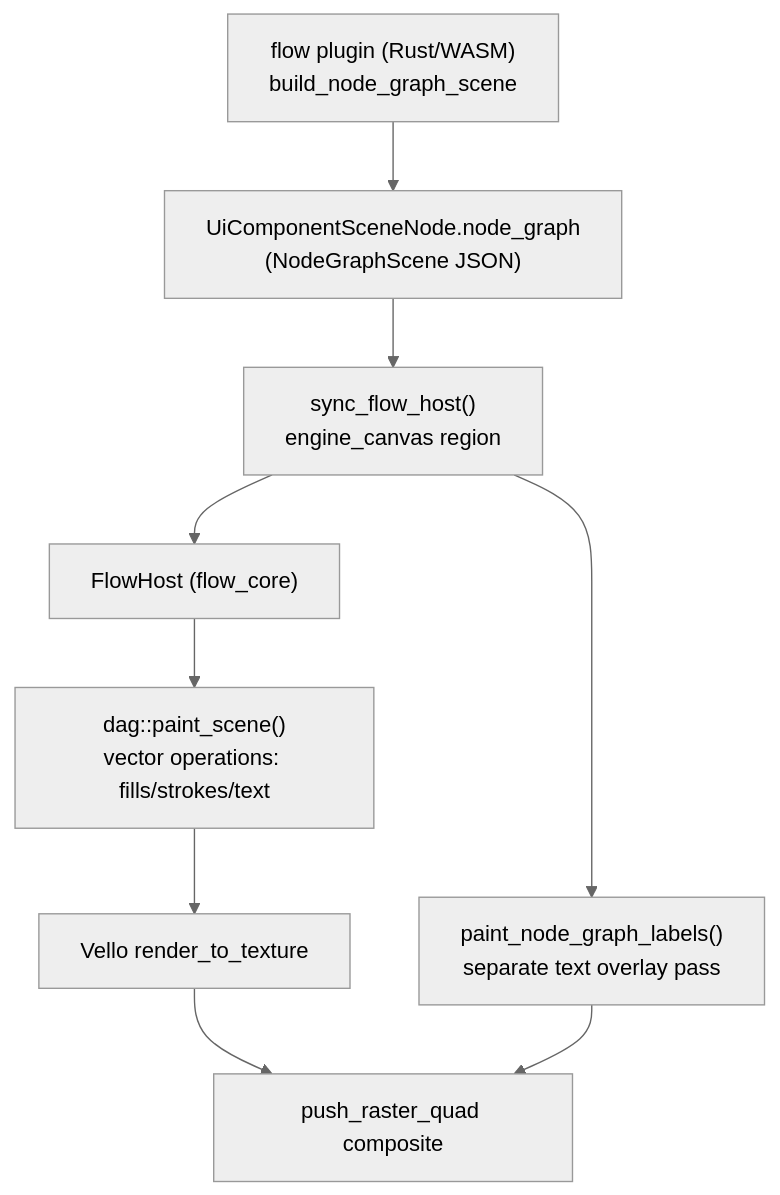
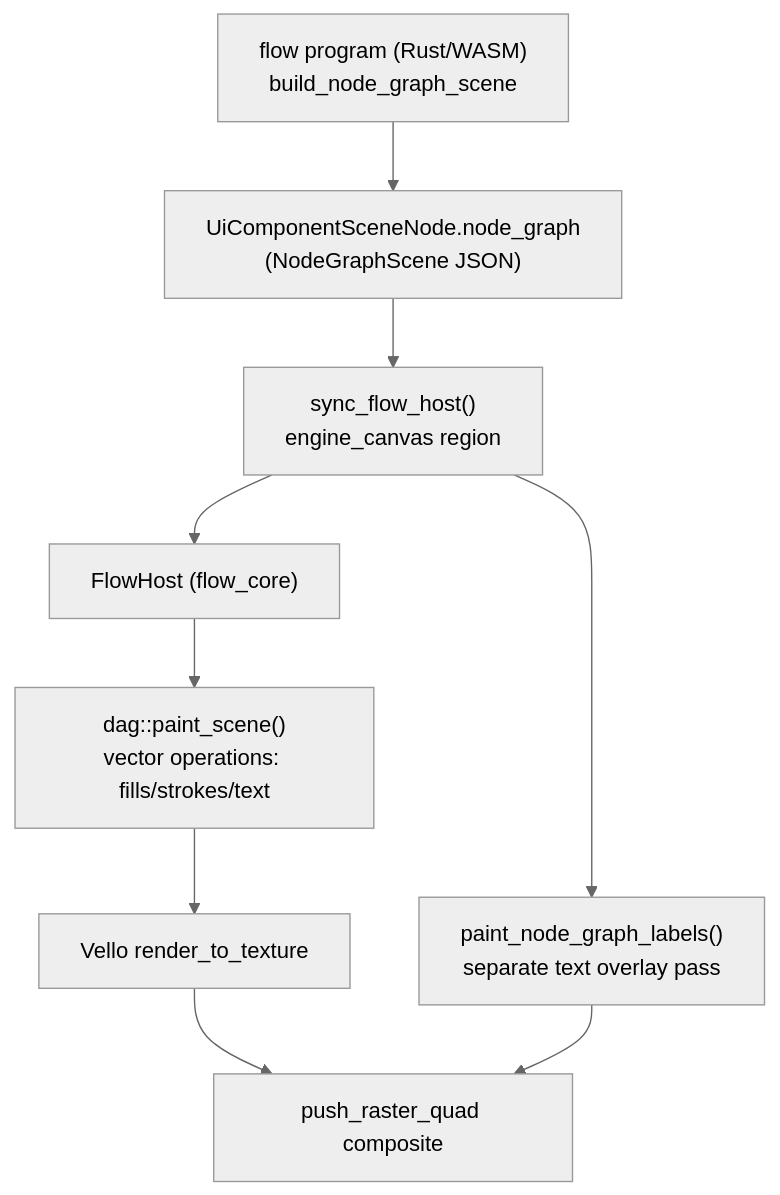
Before and after one commit to usalu/semio: the diagram in .cursor/plans/restore_flow_wgpu_rendering_parity_6d0f4468.plan.md, drawn with Mermaid (neutral theme). The commit also changed other lines of this file and 1361 other files, not shown here.

````diff
--- a/.cursor/plans/restore_flow_wgpu_rendering_parity_6d0f4468.plan.md
+++ b/.cursor/plans/restore_flow_wgpu_rendering_parity_6d0f4468.plan.md
@@ -42,11 +42,11 @@
 ```mermaid
 flowchart TD
-    plugin["flow plugin (Rust/WASM)\nbuild_node_graph_scene"] --> scene["UiComponentSceneNode.node_graph\n(NodeGraphScene JSON)"]
+    plugin["flow program (Rust/WASM)\nbuild_node_graph_scene"] --> scene["UiComponentSceneNode.node_graph\n(NodeGraphScene JSON)"]
     scene --> sync["sync_flow_host()\nengine_canvas region"]
     sync --> host["FlowHost (flow_core)"]
     host --> paint["dag::paint_scene()\nvector operations: fills/strokes/text"]
     paint --> vello["Vello render_to_texture"]
     vello --> quad["push_raster_quad composite"]
     sync --> labels["paint_node_graph_labels()\nseparate text overlay pass"]
     labels --> quad
 ```
````
